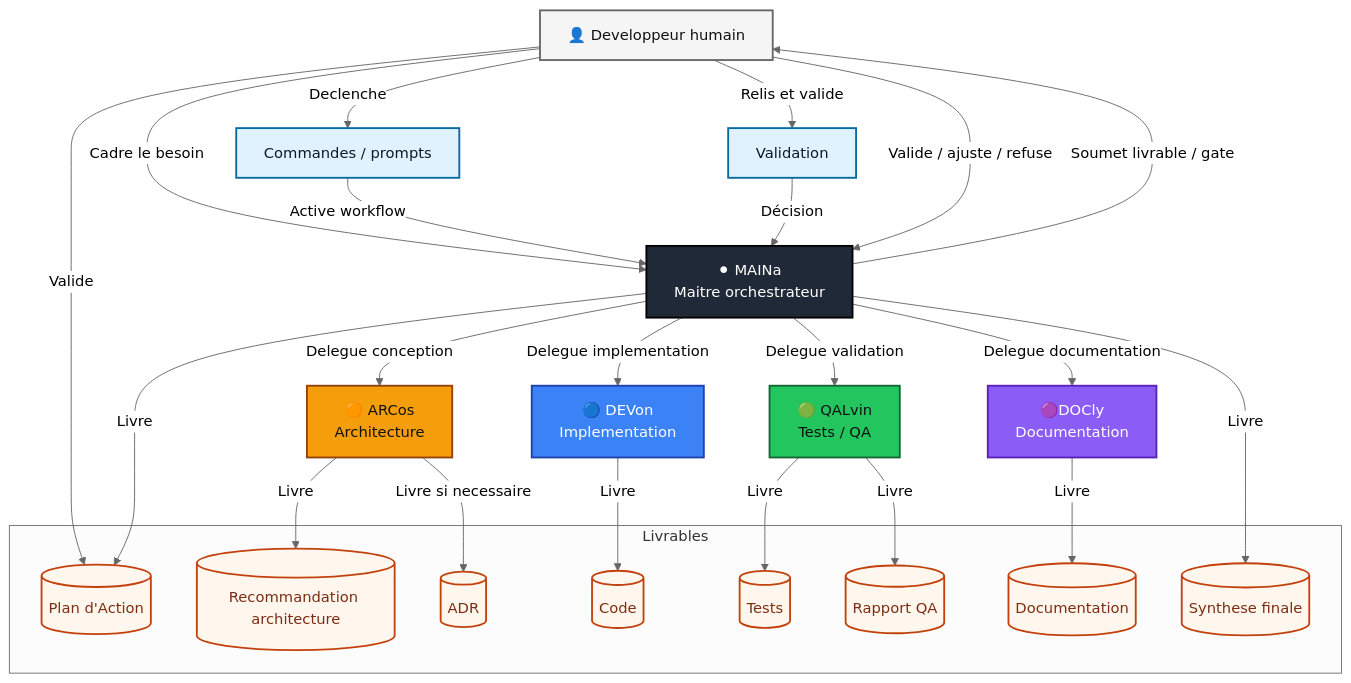
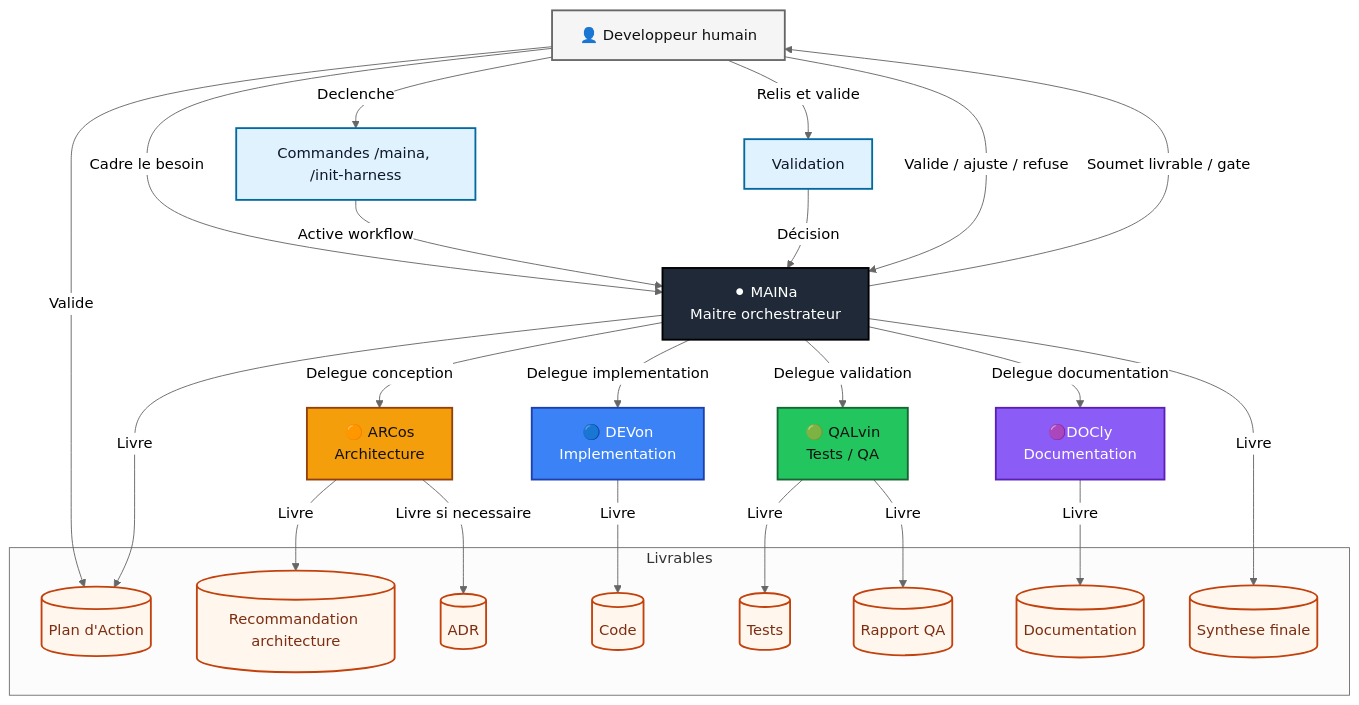
The diagram in docs/diagrams/orchestration-agents.mmd (vzwingma/vzwingma), drawn with Mermaid (neutral theme) before and after one commit. The commit also changed 23 other files, not shown here.

```diff
--- a/docs/diagrams/orchestration-agents.mmd
+++ b/docs/diagrams/orchestration-agents.mmd
@@ -1,66 +1,66 @@
 flowchart TD
   Human[👤 Developpeur humain]
   Maina[⚫ MAINa<br/>Maitre orchestrateur]
   Arcos[🟠 ARCos<br/>Architecture]
   Devon[🔵 DEVon<br/>Implementation]
   Qalvin[🟢 QALvin<br/>Tests / QA]
   Docly[🟣DOCly<br/>Documentation]
-  Commands[Commandes / prompts]
+  Commands[Commandes /maina, /init-harness]
   ValidCommande[Validation]
 
   subgraph Deliverables[Livrables]
     ActionPlan[(Plan d'Action)]
     Architecture[(Recommandation architecture)]
     Adr[(ADR)]
     Code[(Code)]
     Tests[(Tests)]
     QaReport[(Rapport QA)]
     Documentation[(Documentation)]
     FinalSummary[(Synthese finale)]
   end
 
   Human -->|Cadre le besoin| Maina
   Human -->|Valide| ActionPlan
   Human -->|Declenche| Commands
   Commands -->|Active workflow| Maina
 
 Human -->|Relis et valide| ValidCommande
 ValidCommande -->|Décision| Maina
 
   Maina -->|Delegue conception| Arcos
   Maina -->|Delegue implementation| Devon
   Maina -->|Delegue validation| Qalvin
   Maina -->|Delegue documentation| Docly
 
   Arcos -->|Livre| Architecture
   Arcos -->|Livre si necessaire| Adr
   Maina -->|Livre| ActionPlan
   Devon -->|Livre| Code
   Qalvin -->|Livre| Tests
   Qalvin -->|Livre| QaReport
   Docly -->|Livre| Documentation
   Maina -->|Livre| FinalSummary
 
 
 
   Maina -->|Soumet livrable / gate| Human
   Human -->|Valide / ajuste / refuse| Maina
 
   classDef human fill:#f5f5f5,stroke:#666666,color:#111111,stroke-width:2px
   classDef maina fill:#1f2937,stroke:#000000,color:#ffffff,stroke-width:2px
   classDef arcos fill:#f59e0b,stroke:#92400e,color:#111111,stroke-width:2px
   classDef devon fill:#3b82f6,stroke:#1e40af,color:#ffffff,stroke-width:2px
   classDef qalvin fill:#22c55e,stroke:#166534,color:#111111,stroke-width:2px
   classDef docly fill:#8b5cf6,stroke:#5b21b6,color:#ffffff,stroke-width:2px
   classDef command fill:#e0f2fe,stroke:#0369a1,color:#0f172a,stroke-width:2px
   classDef deliverable fill:#fff7ed,stroke:#c2410c,color:#7c2d12,stroke-width:2px
 
   class Human human
   class Maina maina
   class Arcos arcos
   class Devon devon
   class Qalvin qalvin
   class Docly docly
   class Commands command
   class ValidCommande command
   class ActionPlan,Architecture,Adr,Code,Tests,QaReport,Documentation,FinalSummary deliverable
```
